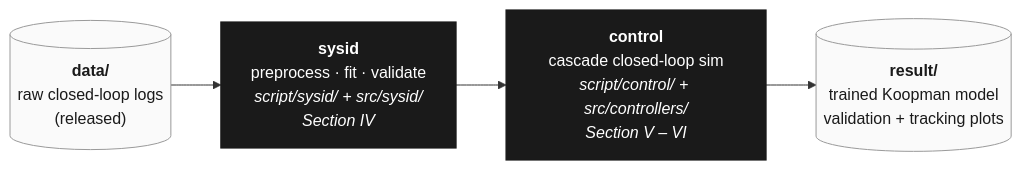
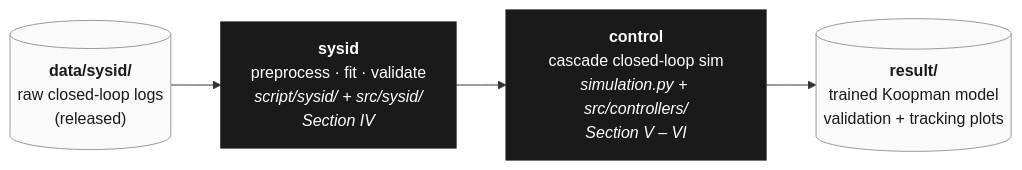
One commit to Tanbjs/Hierarchical-PIwFF-Koopman-Based-MPC-For-AUV changed the diagram in README.md. Above: the diagram before and after it, drawn with Mermaid. The commit also changed other lines of this file, not shown here.

Commit message:
docs(readme): restructure for data/sysid split, add pool-experiment section + video

````diff
--- a/README.md
+++ b/README.md
@@ -94,12 +104,12 @@
 ```mermaid
 flowchart LR
     classDef io     fill:#fafafa,stroke:#9a9a9a,stroke-width:1px,color:#1a1a1a
     classDef stage  fill:#1a1a1a,stroke:#1a1a1a,stroke-width:1.2px,color:#ffffff
 
-    D[("<b>data/</b><br/>raw closed-loop logs<br/>(released)")]:::io
+    D[("<b>data/sysid/</b><br/>raw closed-loop logs<br/>(released)")]:::io
     S["<b>sysid</b><br/>preprocess · fit · validate<br/><i>script/sysid/ + src/sysid/</i><br/><i>Section IV</i>"]:::stage
-    C["<b>control</b><br/>cascade closed-loop sim<br/><i>script/control/ + src/controllers/</i><br/><i>Section V &ndash; VI</i>"]:::stage
+    C["<b>control</b><br/>cascade closed-loop sim<br/><i>simulation.py + src/controllers/</i><br/><i>Section V &ndash; VI</i>"]:::stage
     R[("<b>result/</b><br/>trained Koopman model<br/>validation + tracking plots")]:::io
 
     D --> S --> C --> R
 ```
````
